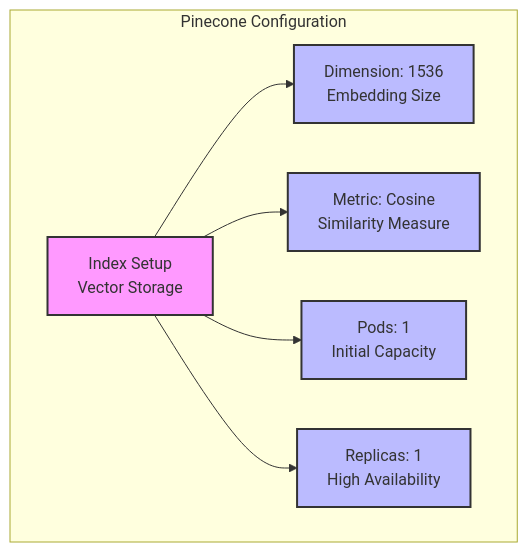
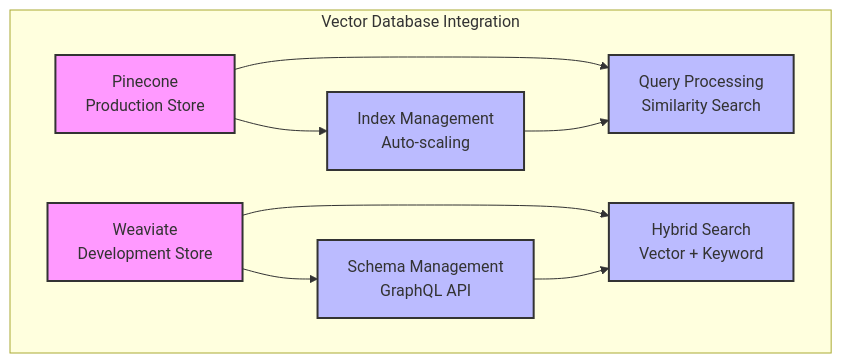
One commit to Jencheng1/DocuVector changed the fifth of 23 diagrams in README.md. Above: the diagram before and after it, drawn with Mermaid. The commit also changed other lines of this file and 8 other files, not shown here.

````diff
--- a/README.md
+++ b/README.md
@@ -150,15 +177,18 @@
 ```mermaid
 graph TD
     style A fill:#f9f,stroke:#333,stroke-width:2px
     style B fill:#bbf,stroke:#333,stroke-width:2px
     style C fill:#bbf,stroke:#333,stroke-width:2px
-    style D fill:#bbf,stroke:#333,stroke-width:2px
+    style D fill:#f9f,stroke:#333,stroke-width:2px
     style E fill:#bbf,stroke:#333,stroke-width:2px
+    style F fill:#bbf,stroke:#333,stroke-width:2px
 
-    subgraph "Pinecone Configuration"
-        A[Index Setup<br/>Vector Storage] --> B[Dimension: 1536<br/>Embedding Size]
-        A --> C[Metric: Cosine<br/>Similarity Measure]
-        A --> D[Pods: 1<br/>Initial Capacity]
-        A --> E[Replicas: 1<br/>High Availability]
+    subgraph "Vector Database Integration"
+        A[Pinecone<br/>Production Store] --> B[Index Management<br/>Auto-scaling]
+        A --> C[Query Processing<br/>Similarity Search]
+        D[Weaviate<br/>Development Store] --> E[Schema Management<br/>GraphQL API]
+        D --> F[Hybrid Search<br/>Vector + Keyword]
+        B --> C
+        E --> F
     end
 ```
````
